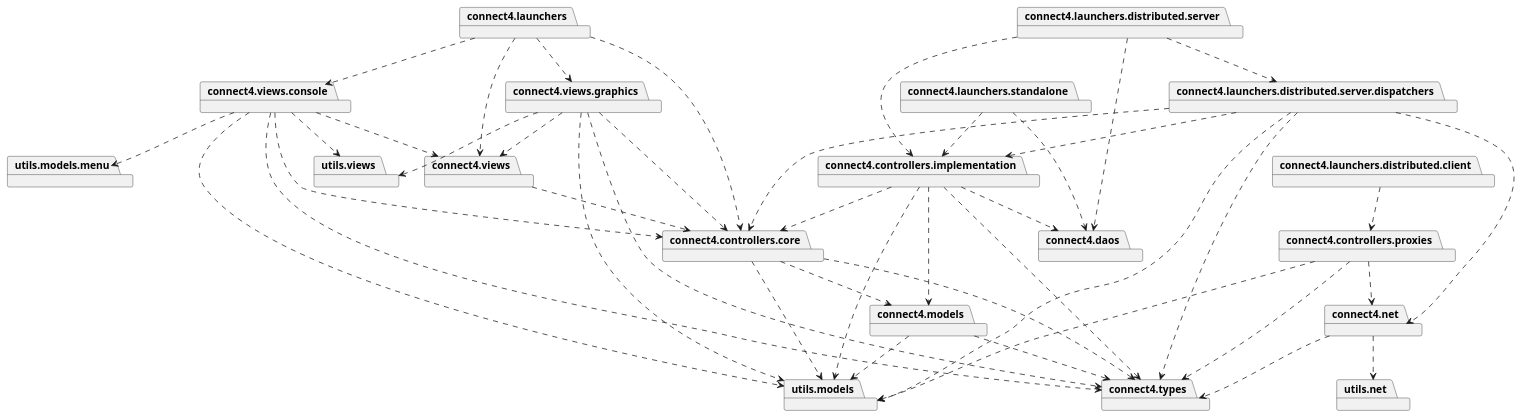
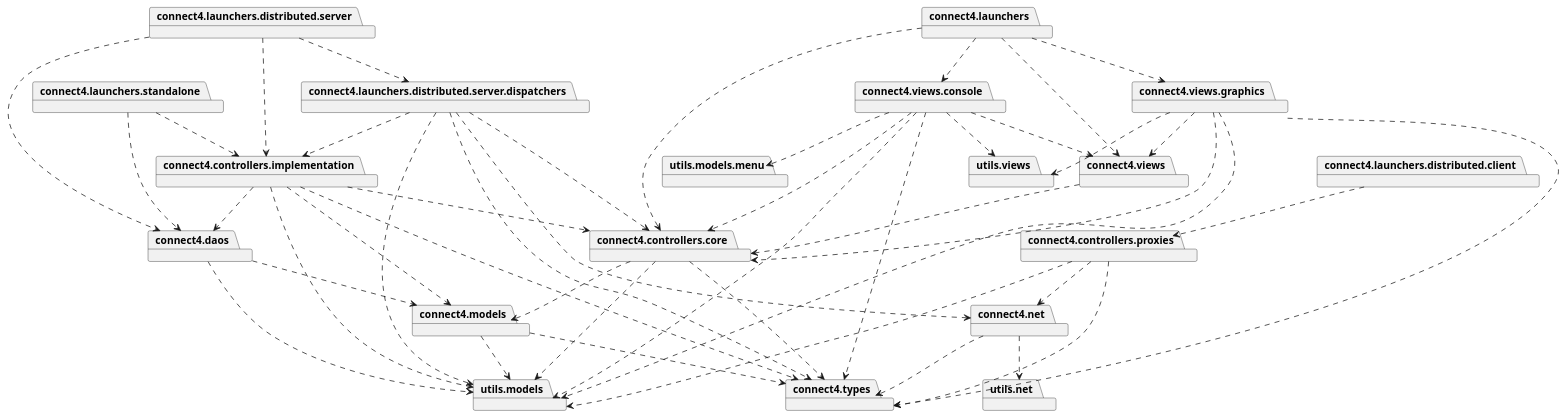
One commit to js-rom/connect4 changed the diagram in connect4/Docs/diagrams/src/packages/packageDiagramDistributed.plantuml. Above: the diagram before and after it, drawn with PlantUML. The commit also changed 8 other files, not shown here.

```diff
--- a/connect4/Docs/diagrams/src/packages/packageDiagramDistributed.plantuml
+++ b/connect4/Docs/diagrams/src/packages/packageDiagramDistributed.plantuml
@@ -1,81 +1,84 @@
 @startuml
 
 package connect4.launchers
 package connect4.controllers.core
 package connect4.views
 package connect4.views.graphics
 package connect4.views.console
 
 connect4.launchers ..> connect4.controllers.core
 connect4.launchers ..> connect4.views
 connect4.launchers ..> connect4.views.console
 connect4.launchers ..> connect4.views.graphics
 
 package connect4.launchers.standalone
 package connect4.controllers.implementation
 connect4.launchers.standalone ..> connect4.controllers.implementation
 
 package connect4.launchers.distributed.client
 package connect4.controllers.proxies
 connect4.launchers.distributed.client ..> connect4.controllers.proxies
 
 package connect4.launchers.distributed.server
 package connect4.launchers.distributed.server.dispatchers
 connect4.launchers.distributed.server ..> connect4.launchers.distributed.server.dispatchers
 connect4.launchers.distributed.server ..> connect4.controllers.implementation
 package connect4.types
 package utils.models
 package connect4.controllers.core
 connect4.launchers.distributed.server.dispatchers ..> connect4.controllers.implementation
 connect4.launchers.distributed.server.dispatchers ..> connect4.types
 connect4.launchers.distributed.server.dispatchers ..> utils.models
 connect4.launchers.distributed.server.dispatchers ..> connect4.controllers.core
 package connect4.net
 connect4.launchers.distributed.server.dispatchers ..> connect4.net
 package connect4.daos
 connect4.launchers.distributed.server ..> connect4.daos
 connect4.launchers.standalone ..> connect4.daos
 connect4.controllers.implementation ..> connect4.daos
 
 
 package connect4.models
 connect4.models ..> connect4.types
 connect4.models ..> utils.models
 
+connect4.daos ..> utils.models
+connect4.daos ..> connect4.models
+
 
 connect4.net ..> connect4.types
 package utils.net
 connect4.net ..> utils.net
 
 package connect4.controllers.core
 connect4.controllers.core ..> connect4.types
 connect4.controllers.core ..> connect4.models
 connect4.controllers.core ..> utils.models
 
 connect4.controllers.implementation ..> connect4.controllers.core
 connect4.controllers.implementation ..> connect4.models
 connect4.controllers.implementation ..> connect4.types
 connect4.controllers.implementation ..> utils.models
 
 connect4.controllers.proxies ..> connect4.types
 connect4.controllers.proxies ..> connect4.net
 connect4.controllers.proxies ..> utils.models
 
 connect4.views ..> connect4.controllers.core
 connect4.views.console ..> connect4.controllers.core
 connect4.views.console ..> connect4.views
 package utils.views
 connect4.views.console ..> utils.views
 connect4.views.console ..> connect4.types
 connect4.views.console ..> utils.models
 package utils.models.menu
 connect4.views.console ..> utils.models.menu
 
 connect4.views.graphics ..> connect4.controllers.core
 connect4.views.graphics ..> connect4.types
 connect4.views.graphics ..> utils.models
 connect4.views.graphics ..> connect4.views
 connect4.views.graphics ..> utils.views
 
 
 @enduml
```
